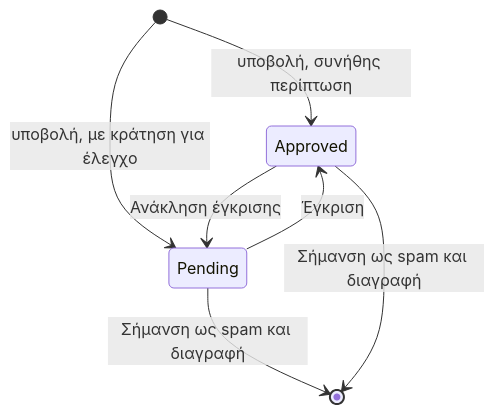
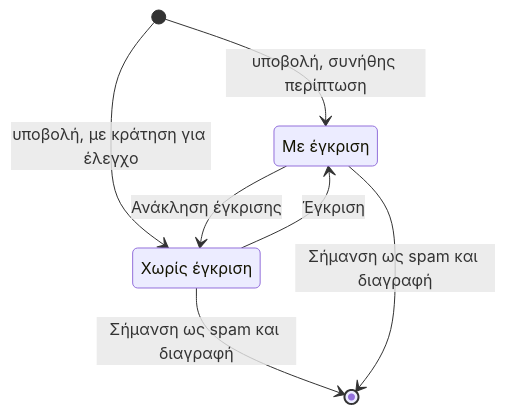
The diagram in src/el/admin/blog/comments.md (vasilistotskas/grooveshop-docs), drawn with Mermaid before and after one commit. The commit also changed other lines of this file and 43 other files, not shown here.

````diff
--- a/src/el/admin/blog/comments.md
+++ b/src/el/admin/blog/comments.md
@@ -43,9 +43,11 @@
 ```mermaid
 stateDiagram-v2
+  state "Με έγκριση" as Approved
+  state "Χωρίς έγκριση" as Pending
   [*] --> Approved: υποβολή, συνήθης περίπτωση
   [*] --> Pending: υποβολή, με κράτηση για έλεγχο
   Pending --> Approved: Έγκριση
   Approved --> Pending: Ανάκληση έγκρισης
   Pending --> [*]: Σήμανση ως spam και διαγραφή
   Approved --> [*]: Σήμανση ως spam και διαγραφή
 ```
````
